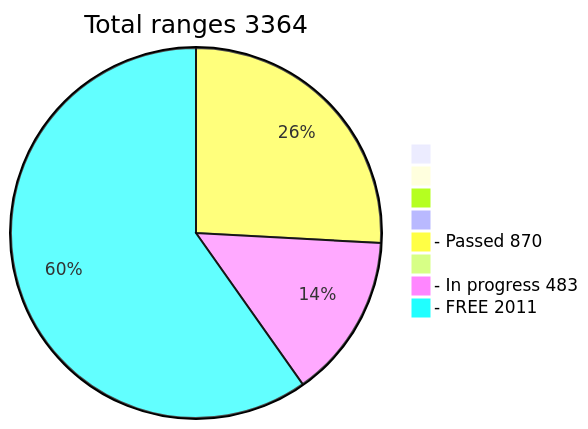
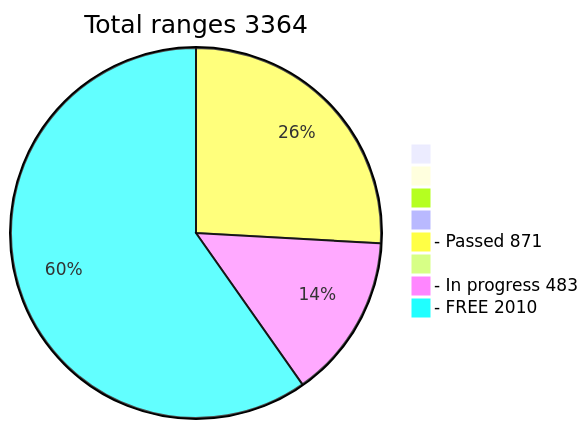
Before and after one commit to phrutis/wif500: the diagram in README.md, drawn with Mermaid.

````diff
--- a/README.md
+++ b/README.md
@@ -16,11 +16,11 @@
 ```mermaid
 pie title Total ranges 3364
              " " : 0
             "  " : 0
            "   " : 0
           "    " : 0
-  "- Passed 870" : 870
+  "- Passed 871" : 871
          "     " : 0
   "- In progress 483" : 483
-   "- FREE 2011" : 2011
+   "- FREE 2010" : 2010
 ```
````
